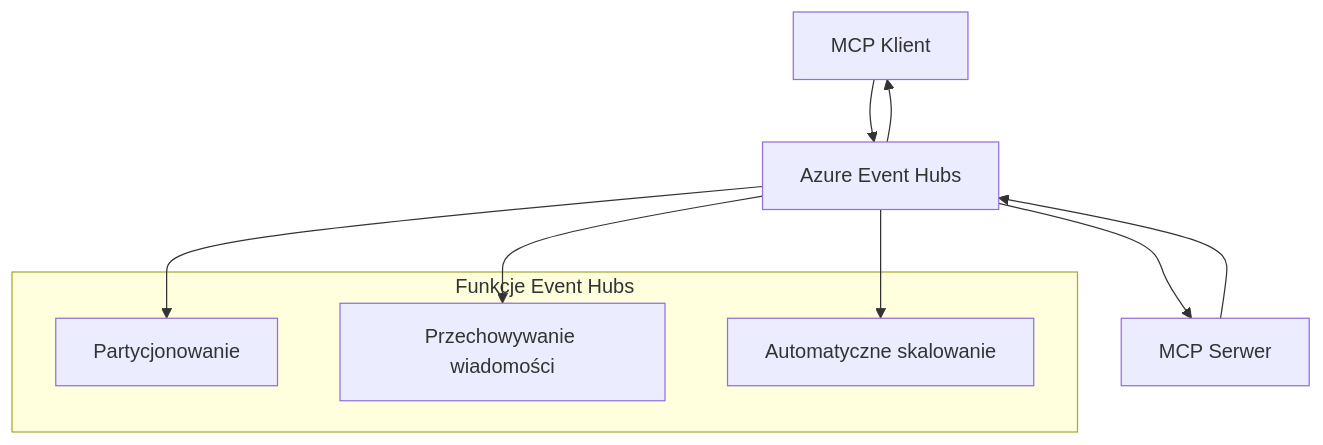
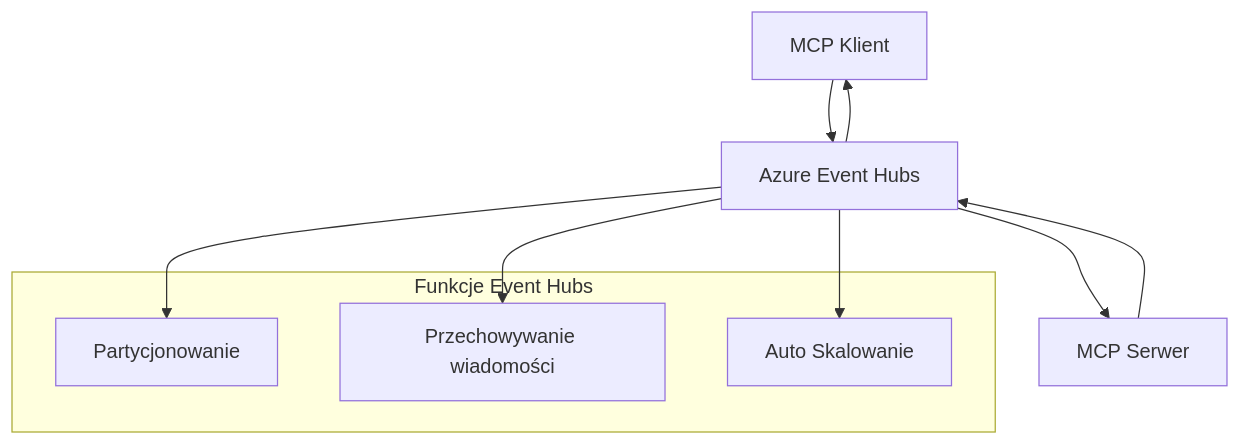
One commit to HIDORAKAI002/ai-workspace-archive changed the second of 2 diagrams in mcp_ecosystem__model_context_protocol/mcp_learning_resources/mcp-for-beginners/translations/pl/05-AdvancedTopics/mcp-transport/README.md. Above: the diagram before and after it, drawn with Mermaid. The commit also changed other lines of this file and 1539 other files, not shown here.

````diff
--- a/mcp_ecosystem__model_context_protocol/mcp_learning_resources/mcp-for-beginners/translations/pl/05-AdvancedTopics/mcp-transport/README.md
+++ b/mcp_ecosystem__model_context_protocol/mcp_learning_resources/mcp-for-beginners/translations/pl/05-AdvancedTopics/mcp-transport/README.md
@@ -269,17 +270,17 @@
 ```mermaid
 graph TB
     Client[MCP Klient] --> EH[Azure Event Hubs]
     EH --> Server[MCP Serwer]
     Server --> EH
     EH --> Client
     
     subgraph "Funkcje Event Hubs"
         Partition[Partycjonowanie]
         Retention[Przechowywanie wiadomości]
-        Scaling[Automatyczne skalowanie]
+        Scaling[Auto Skalowanie]
     end
     
     EH --> Partition
     EH --> Retention
     EH --> Scaling
 ```
````
